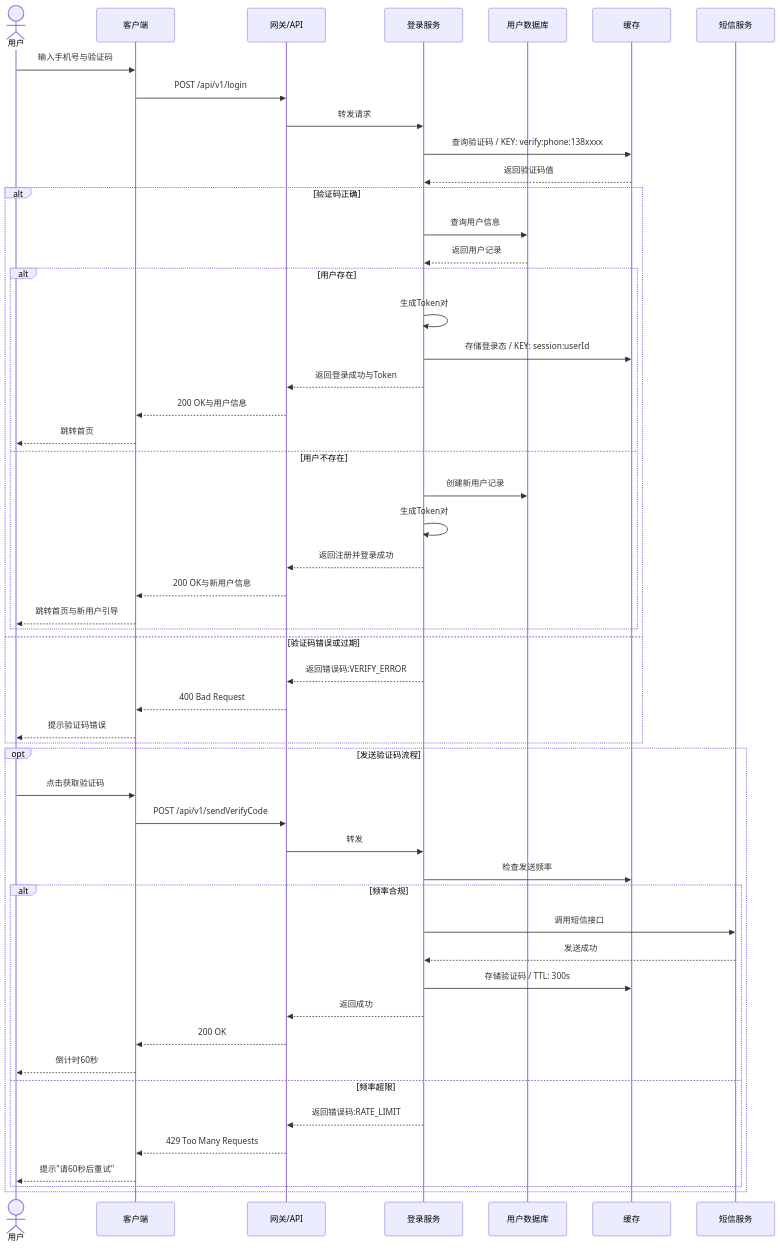
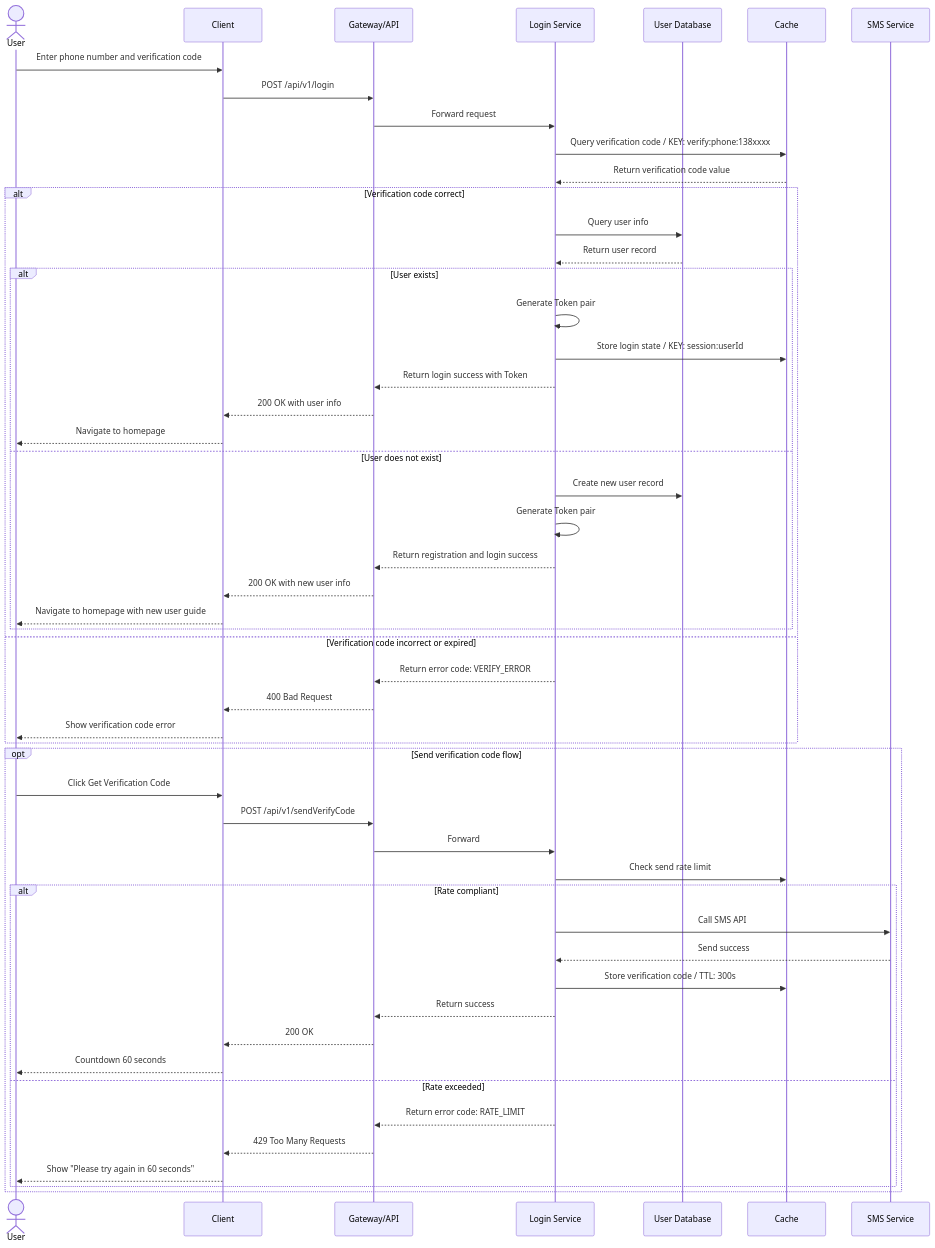
Before and after one commit to Kirky-X/cangjie: the seventh of 12 diagrams in templates/产品/产品层/【模板】产品需求文档.md, drawn with Mermaid. The commit also changed other lines of this file and 46 other files, not shown here.

````diff
--- a/templates/产品/产品层/【模板】产品需求文档.md
+++ b/templates/产品/产品层/【模板】产品需求文档.md
@@ -329,59 +329,59 @@
 ```mermaid
 sequenceDiagram
-    actor U as 用户
-    participant C as 客户端
-    participant API as 网关/API
-    participant S as 登录服务
-    participant DB as 用户数据库
-    participant Redis as 缓存
-    participant SMS as 短信服务
+    actor U as User
+    participant C as Client
+    participant API as Gateway/API
+    participant S as Login Service
+    participant DB as User Database
+    participant Redis as Cache
+    participant SMS as SMS Service
 
-    U->>C: 输入手机号与验证码
+    U->>C: Enter phone number and verification code
     C->>API: POST /api/v1/login
-    API->>S: 转发请求
+    API->>S: Forward request
 
-    S->>Redis: 查询验证码 / KEY: verify:phone:138xxxx
-    Redis-->>S: 返回验证码值
+    S->>Redis: Query verification code / KEY: verify:phone:138xxxx
+    Redis-->>S: Return verification code value
 
-    alt 验证码正确
-        S->>DB: 查询用户信息
-        DB-->>S: 返回用户记录
+    alt Verification code correct
+        S->>DB: Query user info
+        DB-->>S: Return user record
 
-        alt 用户存在
-            S->>S: 生成Token对
-            S->>Redis: 存储登录态 / KEY: session:userId
-            S-->>API: 返回登录成功与Token
-            API-->>C: 200 OK与用户信息
-            C-->>U: 跳转首页
-        else 用户不存在
-            S->>DB: 创建新用户记录
-            S->>S: 生成Token对
-            S-->>API: 返回注册并登录成功
-            API-->>C: 200 OK与新用户信息
-            C-->>U: 跳转首页与新用户引导
+        alt User exists
+            S->>S: Generate Token pair
+            S->>Redis: Store login state / KEY: session:userId
+            S-->>API: Return login success with Token
+            API-->>C: 200 OK with user info
+            C-->>U: Navigate to homepage
+        else User does not exist
+            S->>DB: Create new user record
+            S->>S: Generate Token pair
+            S-->>API: Return registration and login success
+            API-->>C: 200 OK with new user info
+            C-->>U: Navigate to homepage with new user guide
         end
-    else 验证码错误或过期
-        S-->>API: 返回错误码:VERIFY_ERROR
+    else Verification code incorrect or expired
+        S-->>API: Return error code: VERIFY_ERROR
         API-->>C: 400 Bad Request
-        C-->>U: 提示验证码错误
+        C-->>U: Show verification code error
     end
 
-    opt 发送验证码流程
-        U->>C: 点击获取验证码
+    opt Send verification code flow
+        U->>C: Click Get Verification Code
         C->>API: POST /api/v1/sendVerifyCode
-        API->>S: 转发
-        S->>Redis: 检查发送频率
-        alt 频率合规
-            S->>SMS: 调用短信接口
-            SMS-->>S: 发送成功
-            S->>Redis: 存储验证码 / TTL: 300s
-            S-->>API: 返回成功
+        API->>S: Forward
+        S->>Redis: Check send rate limit
+        alt Rate compliant
+            S->>SMS: Call SMS API
+            SMS-->>S: Send success
+            S->>Redis: Store verification code / TTL: 300s
+            S-->>API: Return success
             API-->>C: 200 OK
-            C-->>U: 倒计时60秒
-        else 频率超限
-            S-->>API: 返回错误码:RATE_LIMIT
+            C-->>U: Countdown 60 seconds
+        else Rate exceeded
+            S-->>API: Return error code: RATE_LIMIT
             API-->>C: 429 Too Many Requests
-            C-->>U: 提示"请60秒后重试"
+            C-->>U: Show "Please try again in 60 seconds"
         end
     end
 ```
````
